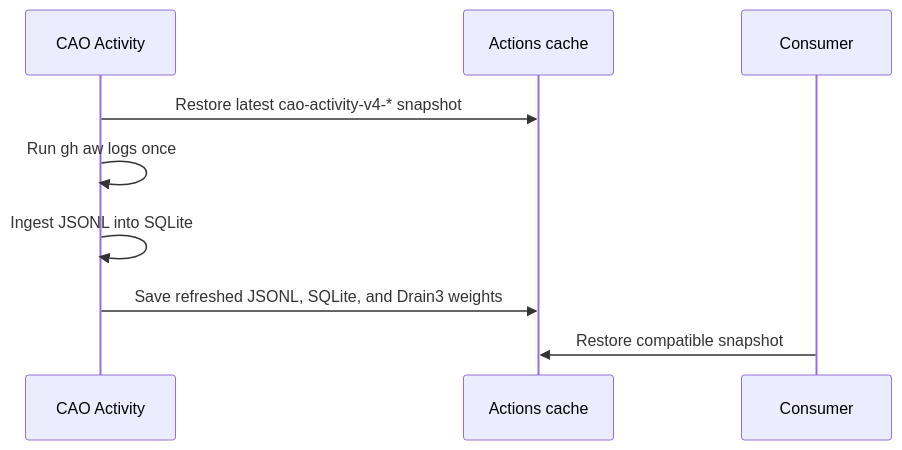
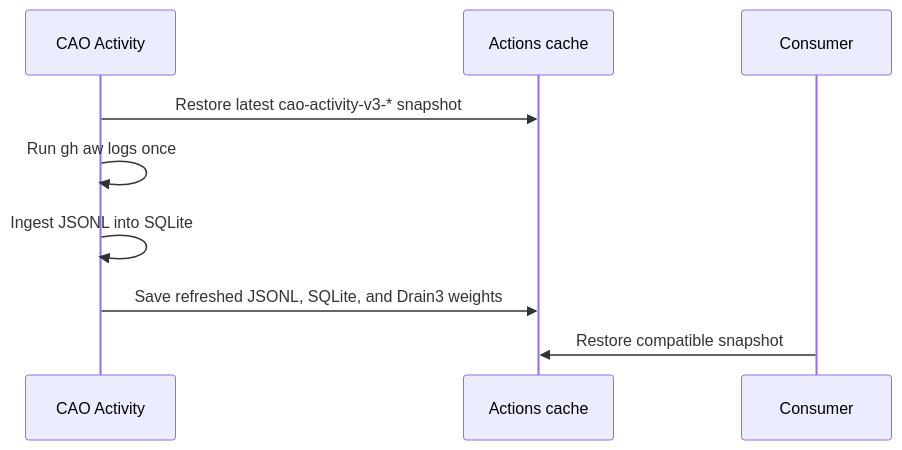
One commit to elefthei/gh-aw-cao changed the diagram in docs/activity.md. Above: the diagram before and after it, drawn with Mermaid. The commit also changed other lines of this file and 12 other files, not shown here.

Commit message:
Restore activity cache prefix to v3 (#10964)

````diff
--- a/docs/activity.md
+++ b/docs/activity.md
@@ -15,12 +15,12 @@
 ```mermaid
 sequenceDiagram
   participant Activity as CAO Activity
   participant Cache as Actions cache
   participant Consumer as Consumer
 
-  Activity->>Cache: Restore latest cao-activity-v4-* snapshot
+  Activity->>Cache: Restore latest cao-activity-v3-* snapshot
   Activity->>Activity: Run gh aw logs once
   Activity->>Activity: Ingest JSONL into SQLite
   Activity->>Cache: Save refreshed JSONL, SQLite, and Drain3 weights
   Consumer->>Cache: Restore compatible snapshot
 ```
````
